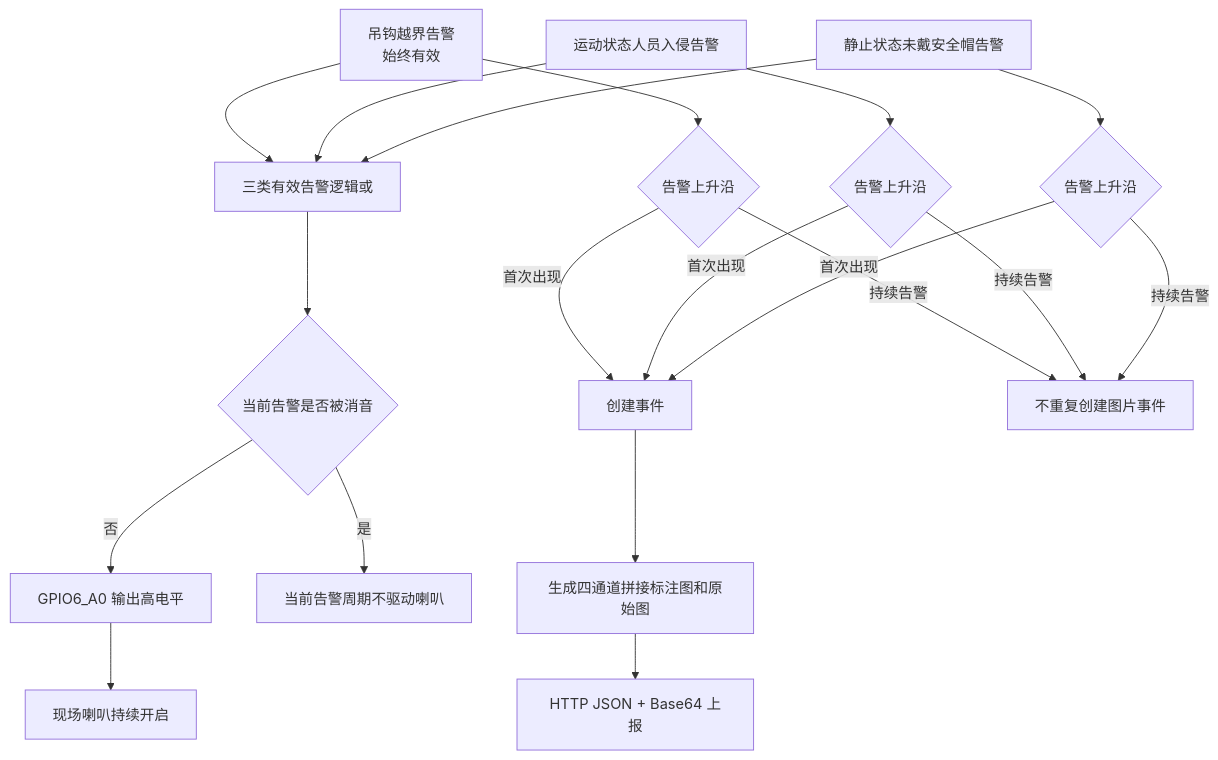
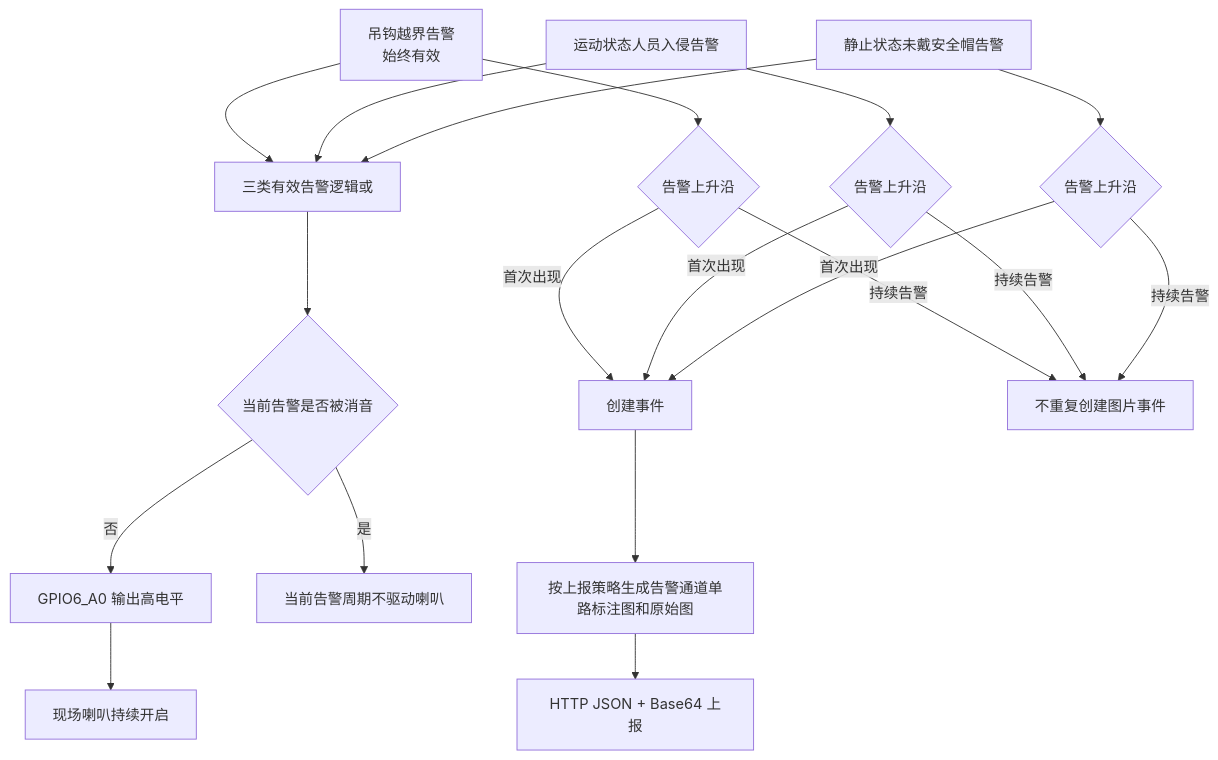
Before and after one commit to LaoWei2001/rk3588_visual_analysis_framework: the eighth of 10 diagrams in projects/global_modules/global_crane_safety_controller/CRANE_SAFETY_SYSTEM_DESIGN.md, drawn with Mermaid. The commit also changed other lines of this file and 92 other files, not shown here.

````diff
--- a/projects/global_modules/global_crane_safety_controller/CRANE_SAFETY_SYSTEM_DESIGN.md
+++ b/projects/global_modules/global_crane_safety_controller/CRANE_SAFETY_SYSTEM_DESIGN.md
@@ -347,22 +347,22 @@
 ```mermaid
 flowchart TD
     H["吊钩越界告警<br/>始终有效"] --> OR["三类有效告警逻辑或"]
     I["运动状态人员入侵告警"] --> OR
     P["静止状态未戴安全帽告警"] --> OR
     OR --> S{"当前告警是否被消音"}
     S -->|否| G["GPIO6_A0 输出高电平"]
     G --> A["现场喇叭持续开启"]
     S -->|是| B["当前告警周期不驱动喇叭"]
 
     H --> RH{"告警上升沿"}
     I --> RI{"告警上升沿"}
     P --> RP{"告警上升沿"}
     RH -->|首次出现| E["创建事件"]
     RI -->|首次出现| E
     RP -->|首次出现| E
-    E --> C["生成四通道拼接标注图和原始图"]
+    E --> C["按上报策略生成告警通道单路标注图和原始图"]
     C --> D["HTTP JSON + Base64 上报"]
     RH -->|持续告警| N["不重复创建图片事件"]
     RI -->|持续告警| N
     RP -->|持续告警| N
 ```
````
